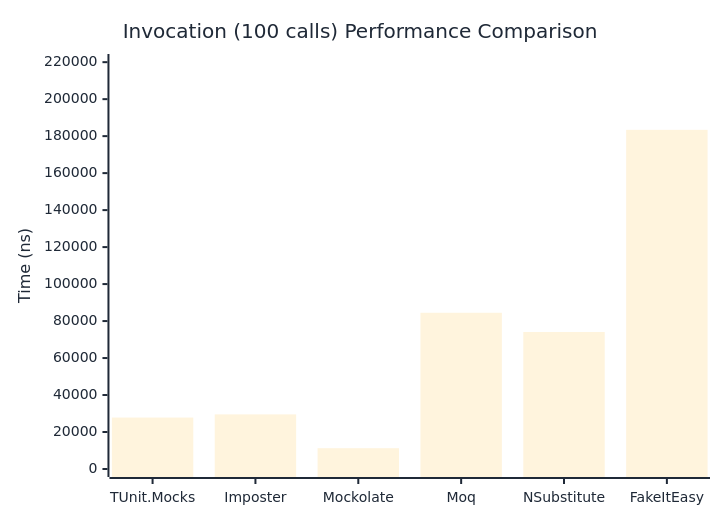
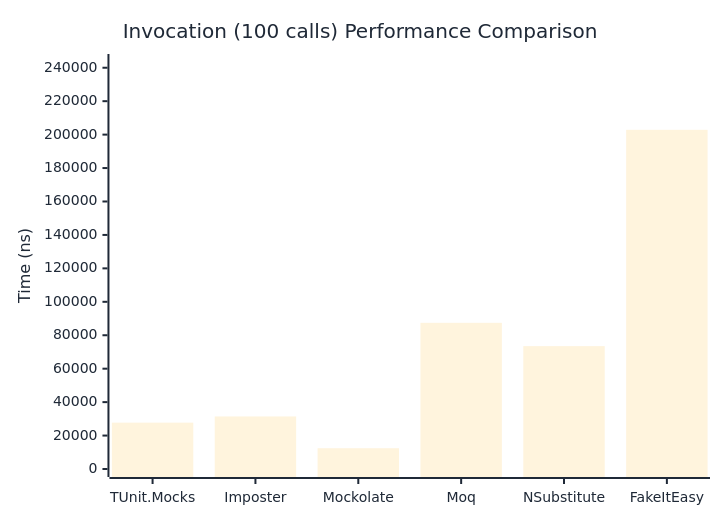
The third of 3 diagrams in docs/docs/benchmarks/mocks/Invocation.md (thomhurst/TUnit), drawn with Mermaid before and after one commit. The commit also changed other lines of this file and 14 other files, not shown here.

````diff
--- a/docs/docs/benchmarks/mocks/Invocation.md
+++ b/docs/docs/benchmarks/mocks/Invocation.md
@@ -112,27 +112,27 @@
 ```mermaid
 %%{init: {
   'theme':'base',
   'themeVariables': {
     'primaryColor': '#2563eb',
     'primaryTextColor': '#1f2937',
     'primaryBorderColor': '#1e40af',
     'lineColor': '#6b7280',
     'secondaryColor': '#7c3aed',
     'tertiaryColor': '#dc2626',
     'background': '#ffffff',
     'pie1': '#2563eb',
     'pie2': '#7c3aed',
     'pie3': '#dc2626',
     'pie4': '#f59e0b',
     'pie5': '#10b981',
     'pie6': '#06b6d4',
     'pie7': '#ec4899',
     'pie8': '#6366f1'
   }
 }}%%
 xychart-beta
   title "Invocation (100 calls) Performance Comparison"
   x-axis ["TUnit.Mocks", "Imposter", "Mockolate", "Moq", "NSubstitute", "FakeItEasy"]
-  y-axis "Time (ns)" 0 --> 220090
-  bar [27810.8, 29526.5, 11256.6, 84486.8, 74080, 183407.7]
+  y-axis "Time (ns)" 0 --> 243433
+  bar [27719.8, 31426.8, 12433.9, 87432.9, 73494.8, 202860.7]
 ```
````
